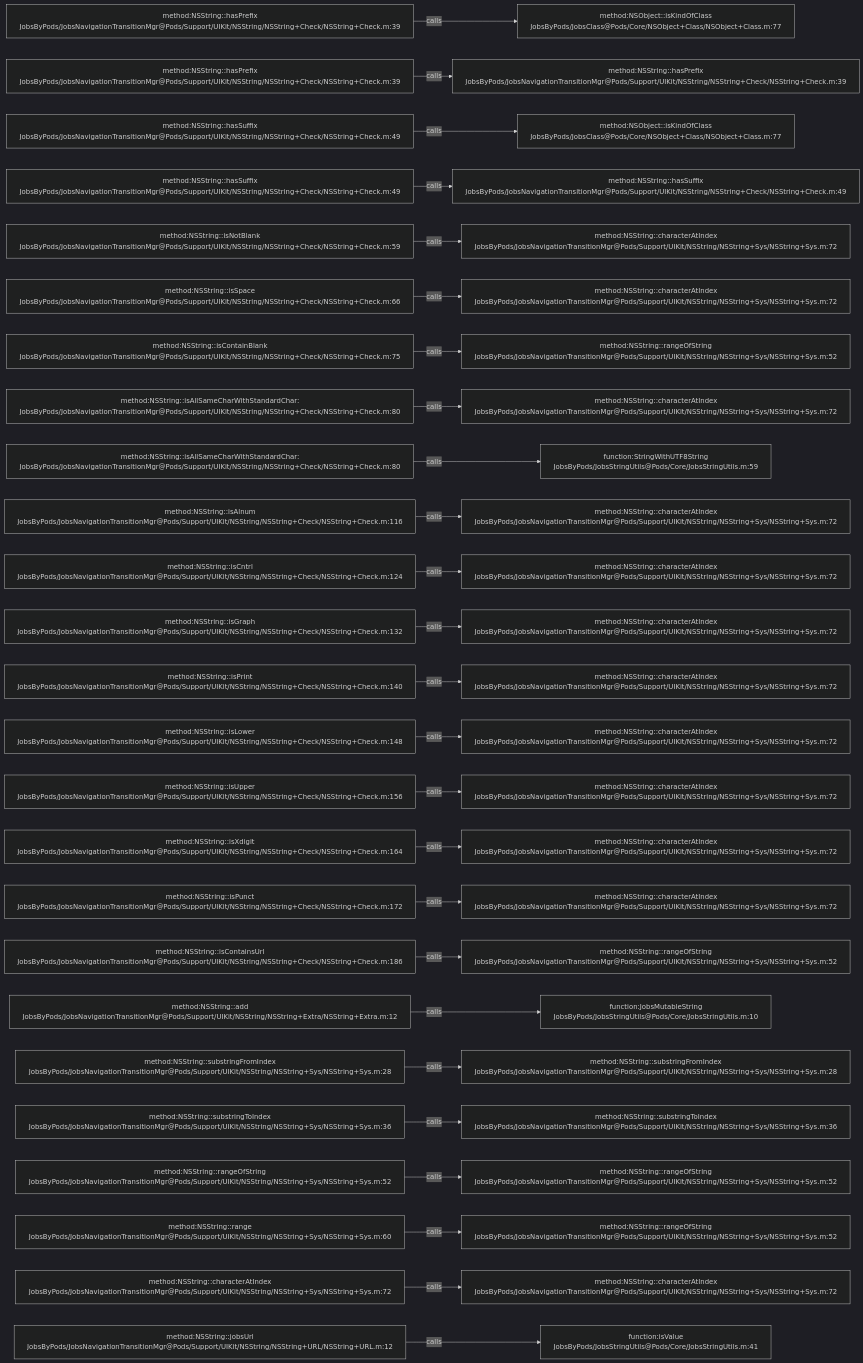
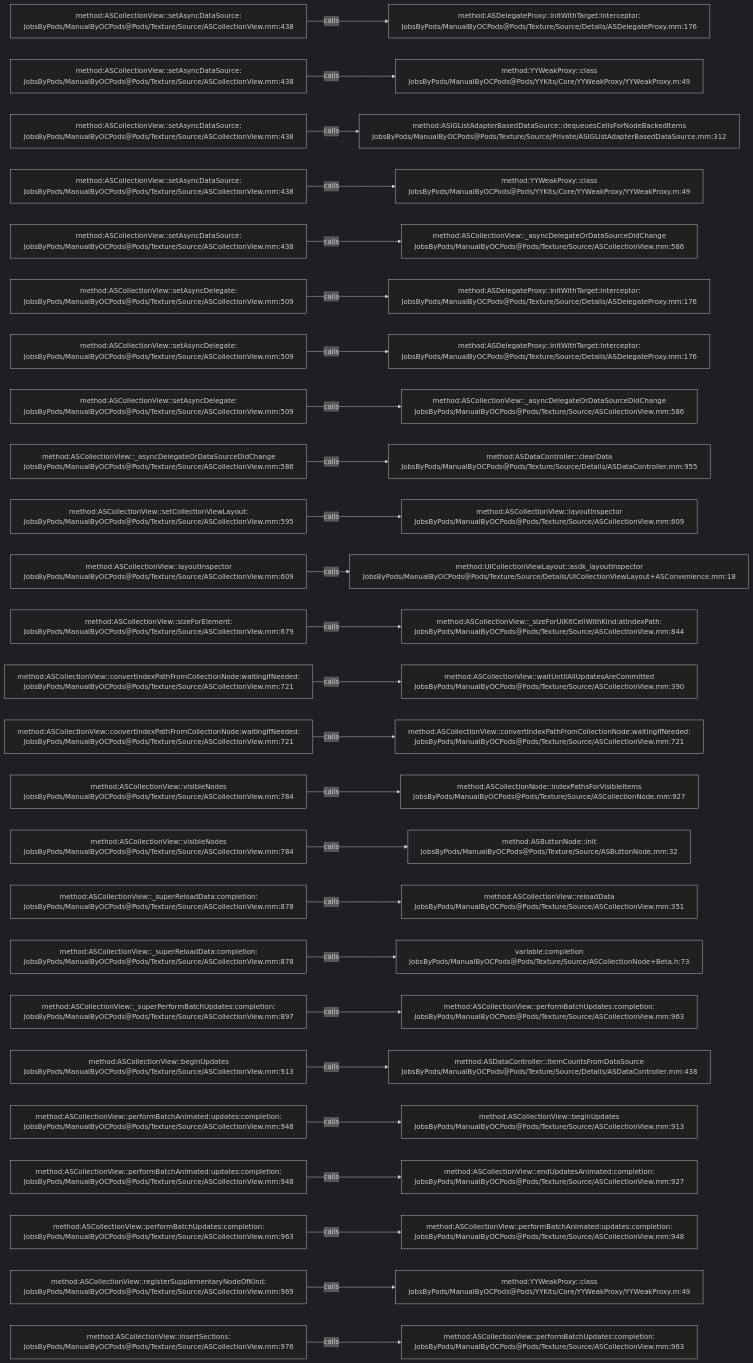
The diagram in .codegraph/codegraph.md/graphs/calls-088.md (JobsKits/JobsOCBaseConfigDemo), drawn with Mermaid (dark theme) before and after one commit. The commit also changed 2162 other files, not shown here.

````diff
--- a/.codegraph/codegraph.md/graphs/calls-088.md
+++ b/.codegraph/codegraph.md/graphs/calls-088.md
@@ -13,78 +13,78 @@
 ```mermaid
 flowchart LR
-  S1["method:NSString::hasPrefix<br/>JobsByPods/JobsNavigationTransitionMgr@Pods/Support/UIKit/NSString/NSString+Check/NSString+Check.m:39"]
-  T1["method:NSObject::isKindOfClass<br/>JobsByPods/JobsClass@Pods/Core/NSObject+Class/NSObject+Class.m:77"]
+  S1["method:ASCollectionView::setAsyncDataSource:<br/>JobsByPods/ManualByOCPods@Pods/Texture/Source/ASCollectionView.mm:438"]
+  T1["method:ASDelegateProxy::initWithTarget:interceptor:<br/>JobsByPods/ManualByOCPods@Pods/Texture/Source/Details/ASDelegateProxy.mm:176"]
   S1 -->|calls| T1
-  S2["method:NSString::hasPrefix<br/>JobsByPods/JobsNavigationTransitionMgr@Pods/Support/UIKit/NSString/NSString+Check/NSString+Check.m:39"]
-  T2["method:NSString::hasPrefix<br/>JobsByPods/JobsNavigationTransitionMgr@Pods/Support/UIKit/NSString/NSString+Check/NSString+Check.m:39"]
+  S2["method:ASCollectionView::setAsyncDataSource:<br/>JobsByPods/ManualByOCPods@Pods/Texture/Source/ASCollectionView.mm:438"]
+  T2["method:YYWeakProxy::class<br/>JobsByPods/ManualByOCPods@Pods/YYKits/Core/YYWeakProxy/YYWeakProxy.m:49"]
   S2 -->|calls| T2
-  S3["method:NSString::hasSuffix<br/>JobsByPods/JobsNavigationTransitionMgr@Pods/Support/UIKit/NSString/NSString+Check/NSString+Check.m:49"]
-  T3["method:NSObject::isKindOfClass<br/>JobsByPods/JobsClass@Pods/Core/NSObject+Class/NSObject+Class.m:77"]
+  S3["method:ASCollectionView::setAsyncDataSource:<br/>JobsByPods/ManualByOCPods@Pods/Texture/Source/ASCollectionView.mm:438"]
+  T3["method:ASIGListAdapterBasedDataSource::dequeuesCellsForNodeBackedItems<br/>JobsByPods/ManualByOCPods@Pods/Texture/Source/Private/ASIGListAdapterBasedDataSource.mm:312"]
   S3 -->|calls| T3
-  S4["method:NSString::hasSuffix<br/>JobsByPods/JobsNavigationTransitionMgr@Pods/Support/UIKit/NSString/NSString+Check/NSString+Check.m:49"]
-  T4["method:NSString::hasSuffix<br/>JobsByPods/JobsNavigationTransitionMgr@Pods/Support/UIKit/NSString/NSString+Check/NSString+Check.m:49"]
+  S4["method:ASCollectionView::setAsyncDataSource:<br/>JobsByPods/ManualByOCPods@Pods/Texture/Source/ASCollectionView.mm:438"]
+  T4["method:YYWeakProxy::class<br/>JobsByPods/ManualByOCPods@Pods/YYKits/Core/YYWeakProxy/YYWeakProxy.m:49"]
   S4 -->|calls| T4
-  S5["method:NSString::isNotBlank<br/>JobsByPods/JobsNavigationTransitionMgr@Pods/Support/UIKit/NSString/NSString+Check/NSString+Check.m:59"]
-  T5["method:NSString::characterAtIndex<br/>JobsByPods/JobsNavigationTransitionMgr@Pods/Support/UIKit/NSString/NSString+Sys/NSString+Sys.m:72"]
+  S5["method:ASCollectionView::setAsyncDataSource:<br/>JobsByPods/ManualByOCPods@Pods/Texture/Source/ASCollectionView.mm:438"]
+  T5["method:ASCollectionView::_asyncDelegateOrDataSourceDidChange<br/>JobsByPods/ManualByOCPods@Pods/Texture/Source/ASCollectionView.mm:586"]
   S5 -->|calls| T5
-  S6["method:NSString::isSpace<br/>JobsByPods/JobsNavigationTransitionMgr@Pods/Support/UIKit/NSString/NSString+Check/NSString+Check.m:66"]
-  T6["method:NSString::characterAtIndex<br/>JobsByPods/JobsNavigationTransitionMgr@Pods/Support/UIKit/NSString/NSString+Sys/NSString+Sys.m:72"]
+  S6["method:ASCollectionView::setAsyncDelegate:<br/>JobsByPods/ManualByOCPods@Pods/Texture/Source/ASCollectionView.mm:509"]
+  T6["method:ASDelegateProxy::initWithTarget:interceptor:<br/>JobsByPods/ManualByOCPods@Pods/Texture/Source/Details/ASDelegateProxy.mm:176"]
   S6 -->|calls| T6
-  S7["method:NSString::isContainBlank<br/>JobsByPods/JobsNavigationTransitionMgr@Pods/Support/UIKit/NSString/NSString+Check/NSString+Check.m:75"]
-  T7["method:NSString::rangeOfString<br/>JobsByPods/JobsNavigationTransitionMgr@Pods/Support/UIKit/NSString/NSString+Sys/NSString+Sys.m:52"]
+  S7["method:ASCollectionView::setAsyncDelegate:<br/>JobsByPods/ManualByOCPods@Pods/Texture/Source/ASCollectionView.mm:509"]
+  T7["method:ASDelegateProxy::initWithTarget:interceptor:<br/>JobsByPods/ManualByOCPods@Pods/Texture/Source/Details/ASDelegateProxy.mm:176"]
   S7 -->|calls| T7
-  S8["method:NSString::isAllSameCharWithStandardChar:<br/>JobsByPods/JobsNavigationTransitionMgr@Pods/Support/UIKit/NSString/NSString+Check/NSString+Check.m:80"]
-  T8["method:NSString::characterAtIndex<br/>JobsByPods/JobsNavigationTransitionMgr@Pods/Support/UIKit/NSString/NSString+Sys/NSString+Sys.m:72"]
+  S8["method:ASCollectionView::setAsyncDelegate:<br/>JobsByPods/ManualByOCPods@Pods/Texture/Source/ASCollectionView.mm:509"]
+  T8["method:ASCollectionView::_asyncDelegateOrDataSourceDidChange<br/>JobsByPods/ManualByOCPods@Pods/Texture/Source/ASCollectionView.mm:586"]
   S8 -->|calls| T8
-  S9["method:NSString::isAllSameCharWithStandardChar:<br/>JobsByPods/JobsNavigationTransitionMgr@Pods/Support/UIKit/NSString/NSString+Check/NSString+Check.m:80"]
-  T9["function:StringWithUTF8String<br/>JobsByPods/JobsStringUtils@Pods/Core/JobsStringUtils.m:59"]
+  S9["method:ASCollectionView::_asyncDelegateOrDataSourceDidChange<br/>JobsByPods/ManualByOCPods@Pods/Texture/Source/ASCollectionView.mm:586"]
+  T9["method:ASDataController::clearData<br/>JobsByPods/ManualByOCPods@Pods/Texture/Source/Details/ASDataController.mm:955"]
   S9 -->|calls| T9
-  S10["method:NSString::isAlnum<br/>JobsByPods/JobsNavigationTransitionMgr@Pods/Support/UIKit/NSString/NSString+Check/NSString+Check.m:116"]
-  T10["method:NSString::characterAtIndex<br/>JobsByPods/JobsNavigationTransitionMgr@Pods/Support/UIKit/NSString/NSString+Sys/NSString+Sys.m:72"]
+  S10["method:ASCollectionView::setCollectionViewLayout:<br/>JobsByPods/ManualByOCPods@Pods/Texture/Source/ASCollectionView.mm:595"]
+  T10["method:ASCollectionView::layoutInspector<br/>JobsByPods/ManualByOCPods@Pods/Texture/Source/ASCollectionView.mm:609"]
   S10 -->|calls| T10
-  S11["method:NSString::isCntrl<br/>JobsByPods/JobsNavigationTransitionMgr@Pods/Support/UIKit/NSString/NSString+Check/NSString+Check.m:124"]
-  T11["method:NSString::characterAtIndex<br/>JobsByPods/JobsNavigationTransitionMgr@Pods/Support/UIKit/NSString/NSString+Sys/NSString+Sys.m:72"]
+  S11["method:ASCollectionView::layoutInspector<br/>JobsByPods/ManualByOCPods@Pods/Texture/Source/ASCollectionView.mm:609"]
+  T11["method:UICollectionViewLayout::asdk_layoutInspector<br/>JobsByPods/ManualByOCPods@Pods/Texture/Source/Details/UICollectionViewLayout+ASConvenience.mm:18"]
   S11 -->|calls| T11
-  S12["method:NSString::isGraph<br/>JobsByPods/JobsNavigationTransitionMgr@Pods/Support/UIKit/NSString/NSString+Check/NSString+Check.m:132"]
-  T12["method:NSString::characterAtIndex<br/>JobsByPods/JobsNavigationTransitionMgr@Pods/Support/UIKit/NSString/NSString+Sys/NSString+Sys.m:72"]
+  S12["method:ASCollectionView::sizeForElement:<br/>JobsByPods/ManualByOCPods@Pods/Texture/Source/ASCollectionView.mm:679"]
+  T12["method:ASCollectionView::_sizeForUIKitCellWithKind:atIndexPath:<br/>JobsByPods/ManualByOCPods@Pods/Texture/Source/ASCollectionView.mm:844"]
   S12 -->|calls| T12
-  S13["method:NSString::isPrint<br/>JobsByPods/JobsNavigationTransitionMgr@Pods/Support/UIKit/NSString/NSString+Check/NSString+Check.m:140"]
-  T13["method:NSString::characterAtIndex<br/>JobsByPods/JobsNavigationTransitionMgr@Pods/Support/UIKit/NSString/NSString+Sys/NSString+Sys.m:72"]
+  S13["method:ASCollectionView::convertIndexPathFromCollectionNode:waitingIfNeeded:<br/>JobsByPods/ManualByOCPods@Pods/Texture/Source/ASCollectionView.mm:721"]
+  T13["method:ASCollectionView::waitUntilAllUpdatesAreCommitted<br/>JobsByPods/ManualByOCPods@Pods/Texture/Source/ASCollectionView.mm:390"]
   S13 -->|calls| T13
-  S14["method:NSString::isLower<br/>JobsByPods/JobsNavigationTransitionMgr@Pods/Support/UIKit/NSString/NSString+Check/NSString+Check.m:148"]
-  T14["method:NSString::characterAtIndex<br/>JobsByPods/JobsNavigationTransitionMgr@Pods/Support/UIKit/NSString/NSString+Sys/NSString+Sys.m:72"]
+  S14["method:ASCollectionView::convertIndexPathFromCollectionNode:waitingIfNeeded:<br/>JobsByPods/ManualByOCPods@Pods/Texture/Source/ASCollectionView.mm:721"]
+  T14["method:ASCollectionView::convertIndexPathFromCollectionNode:waitingIfNeeded:<br/>JobsByPods/ManualByOCPods@Pods/Texture/Source/ASCollectionView.mm:721"]
   S14 -->|calls| T14
-  S15["method:NSString::isUpper<br/>JobsByPods/JobsNavigationTransitionMgr@Pods/Support/UIKit/NSString/NSString+Check/NSString+Check.m:156"]
-  T15["method:NSString::characterAtIndex<br/>JobsByPods/JobsNavigationTransitionMgr@Pods/Support/UIKit/NSString/NSString+Sys/NSString+Sys.m:72"]
+  S15["method:ASCollectionView::visibleNodes<br/>JobsByPods/ManualByOCPods@Pods/Texture/Source/ASCollectionView.mm:784"]
+  T15["method:ASCollectionNode::indexPathsForVisibleItems<br/>JobsByPods/ManualByOCPods@Pods/Texture/Source/ASCollectionNode.mm:927"]
   S15 -->|calls| T15
-  S16["method:NSString::isXdigit<br/>JobsByPods/JobsNavigationTransitionMgr@Pods/Support/UIKit/NSString/NSString+Check/NSString+Check.m:164"]
-  T16["method:NSString::characterAtIndex<br/>JobsByPods/JobsNavigationTransitionMgr@Pods/Support/UIKit/NSString/NSString+Sys/NSString+Sys.m:72"]
+  S16["method:ASCollectionView::visibleNodes<br/>JobsByPods/ManualByOCPods@Pods/Texture/Source/ASCollectionView.mm:784"]
+  T16["method:ASButtonNode::init<br/>JobsByPods/ManualByOCPods@Pods/Texture/Source/ASButtonNode.mm:32"]
   S16 -->|calls| T16
-  S17["method:NSString::isPunct<br/>JobsByPods/JobsNavigationTransitionMgr@Pods/Support/UIKit/NSString/NSString+Check/NSString+Check.m:172"]
-  T17["method:NSString::characterAtIndex<br/>JobsByPods/JobsNavigationTransitionMgr@Pods/Support/UIKit/NSString/NSString+Sys/NSString+Sys.m:72"]
+  S17["method:ASCollectionView::_superReloadData:completion:<br/>JobsByPods/ManualByOCPods@Pods/Texture/Source/ASCollectionView.mm:878"]
+  T17["method:ASCollectionView::reloadData<br/>JobsByPods/ManualByOCPods@Pods/Texture/Source/ASCollectionView.mm:351"]
   S17 -->|calls| T17
-  S18["method:NSString::isContainsUrl<br/>JobsByPods/JobsNavigationTransitionMgr@Pods/Support/UIKit/NSString/NSString+Check/NSString+Check.m:186"]
-  T18["method:NSString::rangeOfString<br/>JobsByPods/JobsNavigationTransitionMgr@Pods/Support/UIKit/NSString/NSString+Sys/NSString+Sys.m:52"]
+  S18["method:ASCollectionView::_superReloadData:completion:<br/>JobsByPods/ManualByOCPods@Pods/Texture/Source/ASCollectionView.mm:878"]
+  T18["variable:completion<br/>JobsByPods/ManualByOCPods@Pods/Texture/Source/ASCollectionNode+Beta.h:73"]
   S18 -->|calls| T18
-  S19["method:NSString::add<br/>JobsByPods/JobsNavigationTransitionMgr@Pods/Support/UIKit/NSString/NSString+Extra/NSString+Extra.m:12"]
-  T19["function:JobsMutableString<br/>JobsByPods/JobsStringUtils@Pods/Core/JobsStringUtils.m:10"]
+  S19["method:ASCollectionView::_superPerformBatchUpdates:completion:<br/>JobsByPods/ManualByOCPods@Pods/Texture/Source/ASCollectionView.mm:897"]
+  T19["method:ASCollectionView::performBatchUpdates:completion:<br/>JobsByPods/ManualByOCPods@Pods/Texture/Source/ASCollectionView.mm:963"]
   S19 -->|calls| T19
-  S20["method:NSString::substringFromIndex<br/>JobsByPods/JobsNavigationTransitionMgr@Pods/Support/UIKit/NSString/NSString+Sys/NSString+Sys.m:28"]
-  T20["method:NSString::substringFromIndex<br/>JobsByPods/JobsNavigationTransitionMgr@Pods/Support/UIKit/NSString/NSString+Sys/NSString+Sys.m:28"]
+  S20["method:ASCollectionView::beginUpdates<br/>JobsByPods/ManualByOCPods@Pods/Texture/Source/ASCollectionView.mm:913"]
+  T20["method:ASDataController::itemCountsFromDataSource<br/>JobsByPods/ManualByOCPods@Pods/Texture/Source/Details/ASDataController.mm:438"]
   S20 -->|calls| T20
-  S21["method:NSString::substringToIndex<br/>JobsByPods/JobsNavigationTransitionMgr@Pods/Support/UIKit/NSString/NSString+Sys/NSString+Sys.m:36"]
-  T21["method:NSString::substringToIndex<br/>JobsByPods/JobsNavigationTransitionMgr@Pods/Support/UIKit/NSString/NSString+Sys/NSString+Sys.m:36"]
+  S21["method:ASCollectionView::performBatchAnimated:updates:completion:<br/>JobsByPods/ManualByOCPods@Pods/Texture/Source/ASCollectionView.mm:948"]
+  T21["method:ASCollectionView::beginUpdates<br/>JobsByPods/ManualByOCPods@Pods/Texture/Source/ASCollectionView.mm:913"]
   S21 -->|calls| T21
-  S22["method:NSString::rangeOfString<br/>JobsByPods/JobsNavigationTransitionMgr@Pods/Support/UIKit/NSString/NSString+Sys/NSString+Sys.m:52"]
-  T22["method:NSString::rangeOfString<br/>JobsByPods/JobsNavigationTransitionMgr@Pods/Support/UIKit/NSString/NSString+Sys/NSString+Sys.m:52"]
+  S22["method:ASCollectionView::performBatchAnimated:updates:completion:<br/>JobsByPods/ManualByOCPods@Pods/Texture/Source/ASCollectionView.mm:948"]
+  T22["method:ASCollectionView::endUpdatesAnimated:completion:<br/>JobsByPods/ManualByOCPods@Pods/Texture/Source/ASCollectionView.mm:927"]
   S22 -->|calls| T22
-  S23["method:NSString::range<br/>JobsByPods/JobsNavigationTransitionMgr@Pods/Support/UIKit/NSString/NSString+Sys/NSString+Sys.m:60"]
-  T23["method:NSString::rangeOfString<br/>JobsByPods/JobsNavigationTransitionMgr@Pods/Support/UIKit/NSString/NSString+Sys/NSString+Sys.m:52"]
+  S23["method:ASCollectionView::performBatchUpdates:completion:<br/>JobsByPods/ManualByOCPods@Pods/Texture/Source/ASCollectionView.mm:963"]
+  T23["method:ASCollectionView::performBatchAnimated:updates:completion:<br/>JobsByPods/ManualByOCPods@Pods/Texture/Source/ASCollectionView.mm:948"]
   S23 -->|calls| T23
-  S24["method:NSString::characterAtIndex<br/>JobsByPods/JobsNavigationTransitionMgr@Pods/Support/UIKit/NSString/NSString+Sys/NSString+Sys.m:72"]
-  T24["method:NSString::characterAtIndex<br/>JobsByPods/JobsNavigationTransitionMgr@Pods/Support/UIKit/NSString/NSString+Sys/NSString+Sys.m:72"]
+  S24["method:ASCollectionView::registerSupplementaryNodeOfKind:<br/>JobsByPods/ManualByOCPods@Pods/Texture/Source/ASCollectionView.mm:969"]
+  T24["method:YYWeakProxy::class<br/>JobsByPods/ManualByOCPods@Pods/YYKits/Core/YYWeakProxy/YYWeakProxy.m:49"]
   S24 -->|calls| T24
-  S25["method:NSString::jobsUrl<br/>JobsByPods/JobsNavigationTransitionMgr@Pods/Support/UIKit/NSString/NSString+URL/NSString+URL.m:12"]
-  T25["function:isValue<br/>JobsByPods/JobsStringUtils@Pods/Core/JobsStringUtils.m:41"]
+  S25["method:ASCollectionView::insertSections:<br/>JobsByPods/ManualByOCPods@Pods/Texture/Source/ASCollectionView.mm:976"]
+  T25["method:ASCollectionView::performBatchUpdates:completion:<br/>JobsByPods/ManualByOCPods@Pods/Texture/Source/ASCollectionView.mm:963"]
   S25 -->|calls| T25
 ```
````
